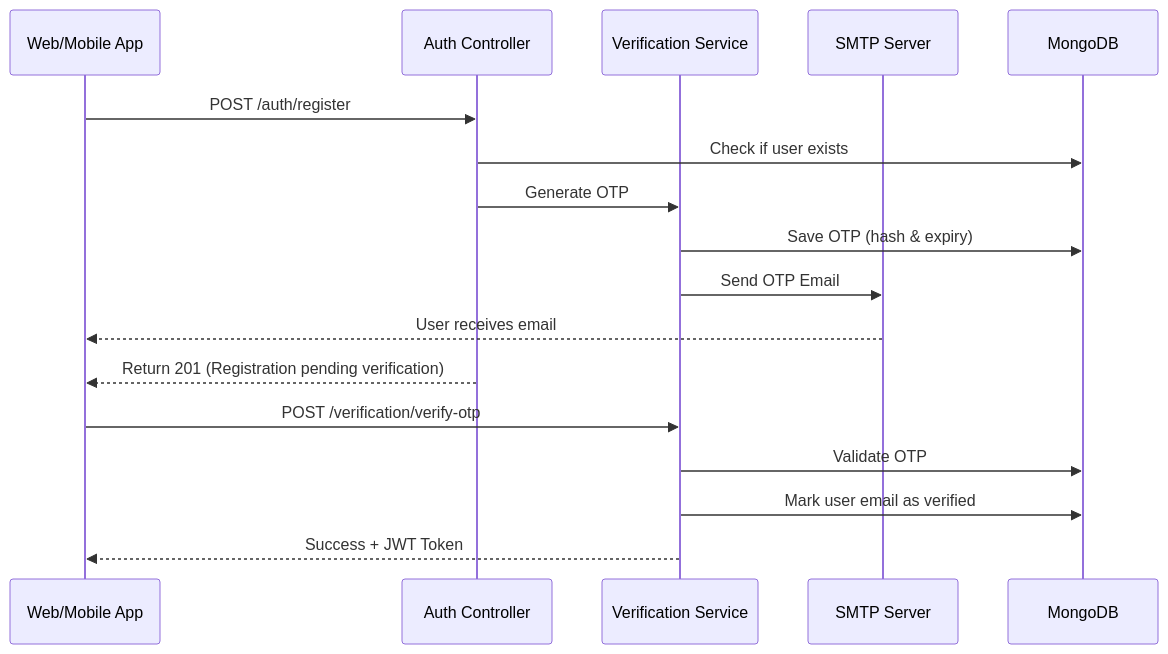
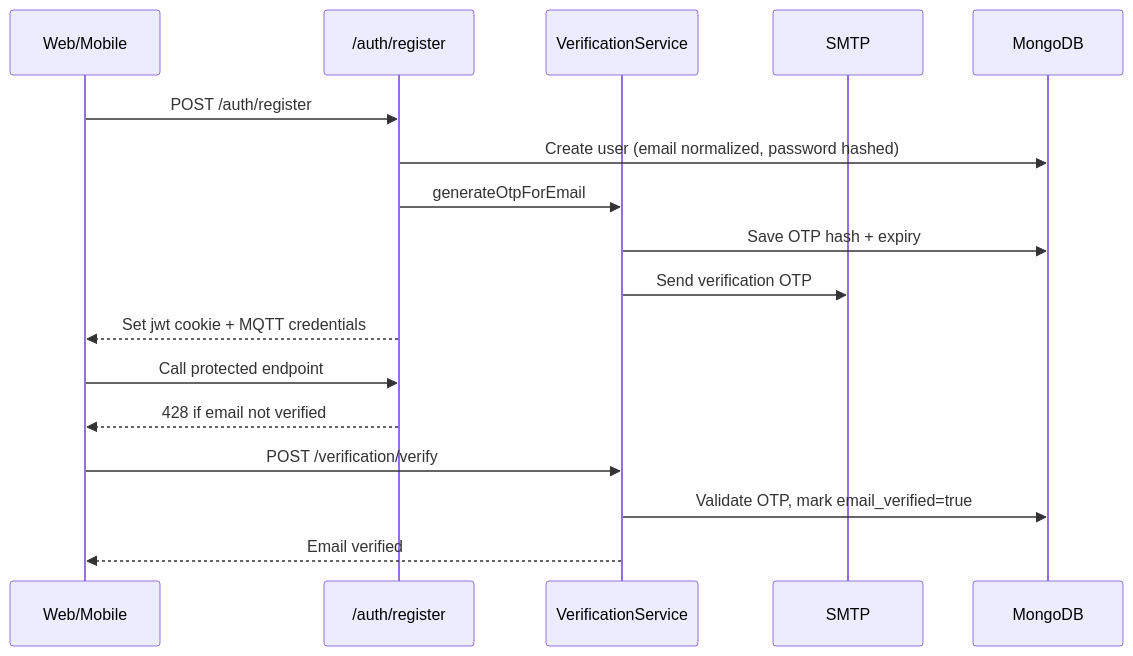
One commit to ahmed-atef-gad/nexusflow-backend changed the second of 4 diagrams in docs/arch.md. Above: the diagram before and after it, drawn with Mermaid. The commit also changed other lines of this file, not shown here.

Commit message:
feat(docs): enhance system architecture documentation with updated diagrams and detailed module descriptions

````diff
--- a/docs/arch.md
+++ b/docs/arch.md
@@ -45,20 +80,22 @@
 ```mermaid
 sequenceDiagram
-    participant Client as Web/Mobile App
-    participant Auth as Auth Controller
-    participant Verify as Verification Service
-    participant SMTP as SMTP Server
+    participant Client as Web/Mobile
+    participant Auth as /auth/register
+    participant Verify as VerificationService
+    participant Mail as SMTP
     participant DB as MongoDB
 
     Client->>Auth: POST /auth/register
-    Auth->>DB: Check if user exists
-    Auth->>Verify: Generate OTP
-    Verify->>DB: Save OTP (hash & expiry)
-    Verify->>SMTP: Send OTP Email
-    SMTP-->>Client: User receives email
-    Auth-->>Client: Return 201 (Registration pending verification)
-    Client->>Verify: POST /verification/verify-otp
-    Verify->>DB: Validate OTP
-    Verify->>DB: Mark user email as verified
-    Verify-->>Client: Success + JWT Token
+    Auth->>DB: Create user (email normalized, password hashed)
+    Auth->>Verify: generateOtpForEmail
+    Verify->>DB: Save OTP hash + expiry
+    Verify->>Mail: Send verification OTP
+    Auth-->>Client: Set jwt cookie + MQTT credentials
+
+    Client->>Auth: Call protected endpoint
+    Auth-->>Client: 428 if email not verified
+
+    Client->>Verify: POST /verification/verify
+    Verify->>DB: Validate OTP, mark email_verified=true
+    Verify-->>Client: Email verified
 ```
````
